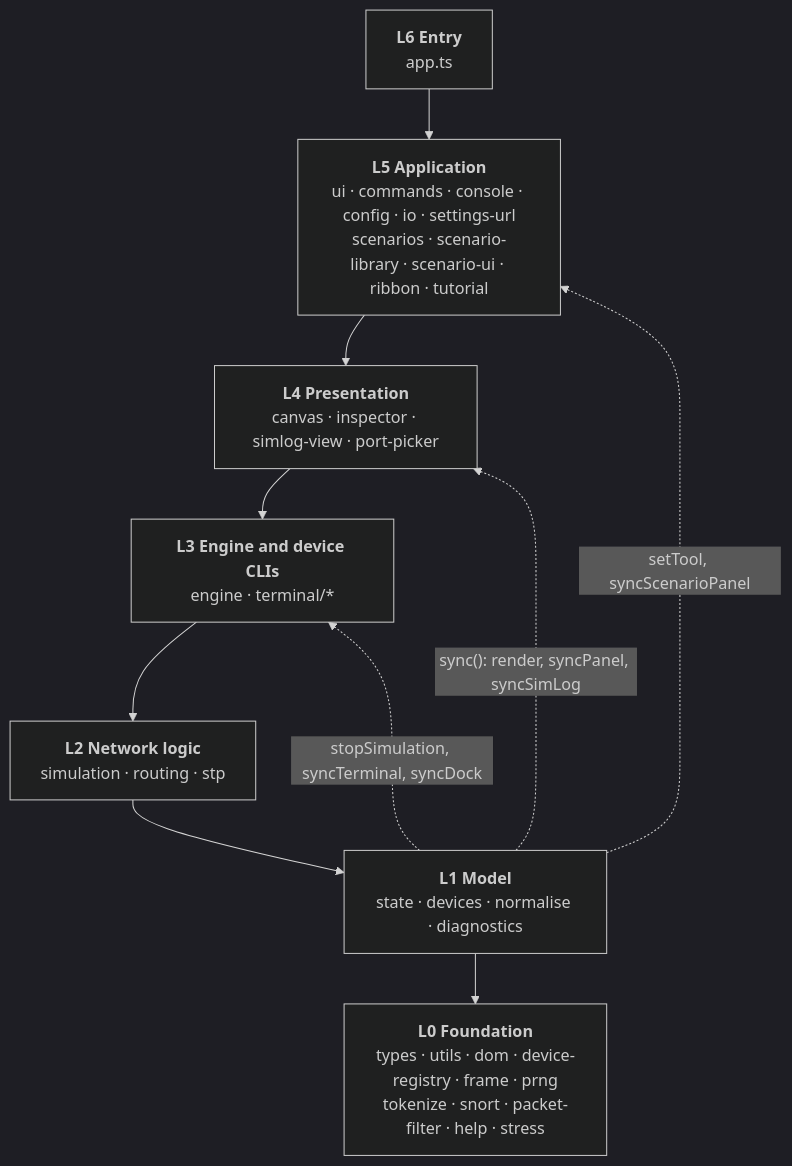
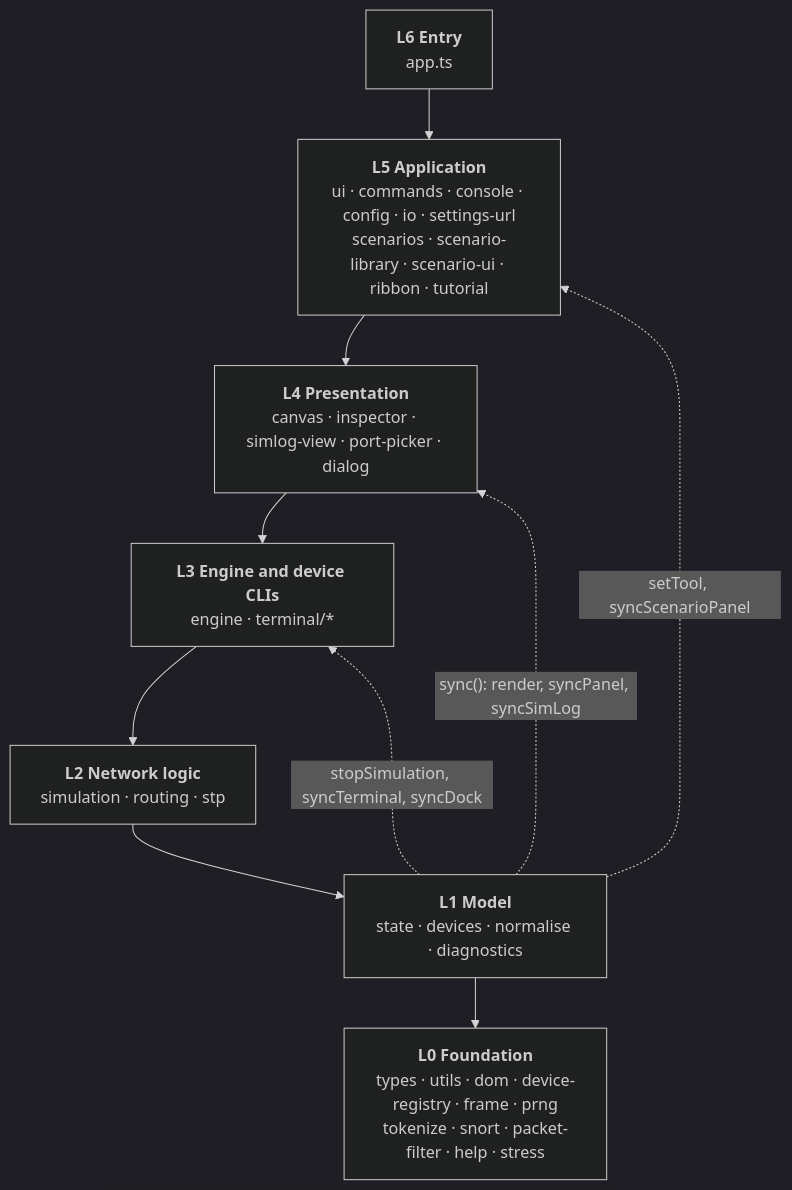
One commit to trevorandersen/routesim changed the first of 3 diagrams in docs/architecture.md. Above: the diagram before and after it, drawn with Mermaid (dark theme). The commit also changed other lines of this file and 15 other files, not shown here.

````diff
--- a/docs/architecture.md
+++ b/docs/architecture.md
@@ -60,14 +60,14 @@
 ```mermaid
 flowchart TB
   L6["<b>L6 Entry</b><br/>app.ts"]
   L5["<b>L5 Application</b><br/>ui · commands · console · config · io · settings-url<br/>scenarios · scenario-library · scenario-ui · ribbon · tutorial"]
-  L4["<b>L4 Presentation</b><br/>canvas · inspector · simlog-view · port-picker"]
+  L4["<b>L4 Presentation</b><br/>canvas · inspector · simlog-view · port-picker · dialog"]
   L3["<b>L3 Engine and device CLIs</b><br/>engine · terminal/*"]
   L2["<b>L2 Network logic</b><br/>simulation · routing · stp"]
   L1["<b>L1 Model</b><br/>state · devices · normalise · diagnostics"]
   L0["<b>L0 Foundation</b><br/>types · utils · dom · device-registry · frame · prng<br/>tokenize · snort · packet-filter · help · stress"]
   L6 --> L5 --> L4 --> L3 --> L2 --> L1 --> L0
   L1 -.->|"sync(): render, syncPanel, syncSimLog"| L4
   L1 -.->|"stopSimulation, syncTerminal, syncDock"| L3
   L1 -.->|"setTool, syncScenarioPanel"| L5
 ```
````
